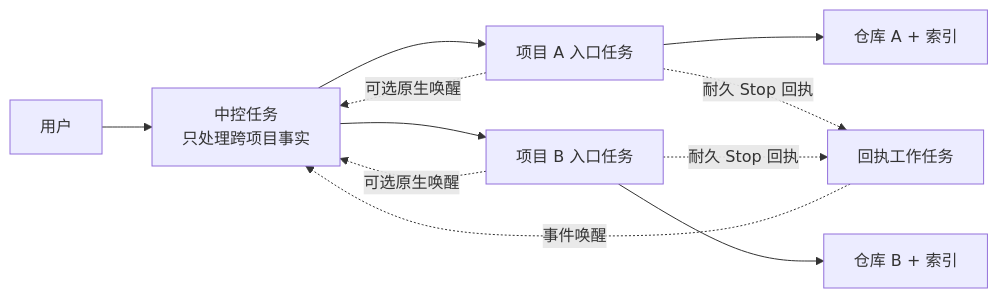
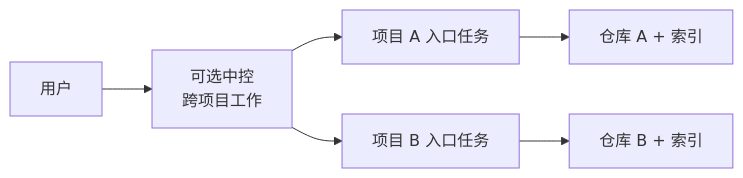
One commit to libaie/onboard-code-projects changed the diagram in README.zh-CN.md. Above: the diagram before and after it, drawn with Mermaid. The commit also changed other lines of this file and 3 other files, not shown here.

````diff
--- a/README.zh-CN.md
+++ b/README.zh-CN.md
@@ -43,13 +33,8 @@
 ```mermaid
 flowchart LR
-    U["用户"] --> C["中控任务<br/>只处理跨项目事实"]
+    U["用户"] --> C["可选中控<br/>跨项目工作"]
     C --> A["项目 A 入口任务"]
     C --> B["项目 B 入口任务"]
     A --> RA["仓库 A + 索引"]
     B --> RB["仓库 B + 索引"]
-    A -. "可选原生唤醒" .-> C
-    B -. "可选原生唤醒" .-> C
-    A -. "耐久 Stop 回执" .-> W["回执工作任务"]
-    B -. "耐久 Stop 回执" .-> W
-    W -. "事件唤醒" .-> C
 ```
````
